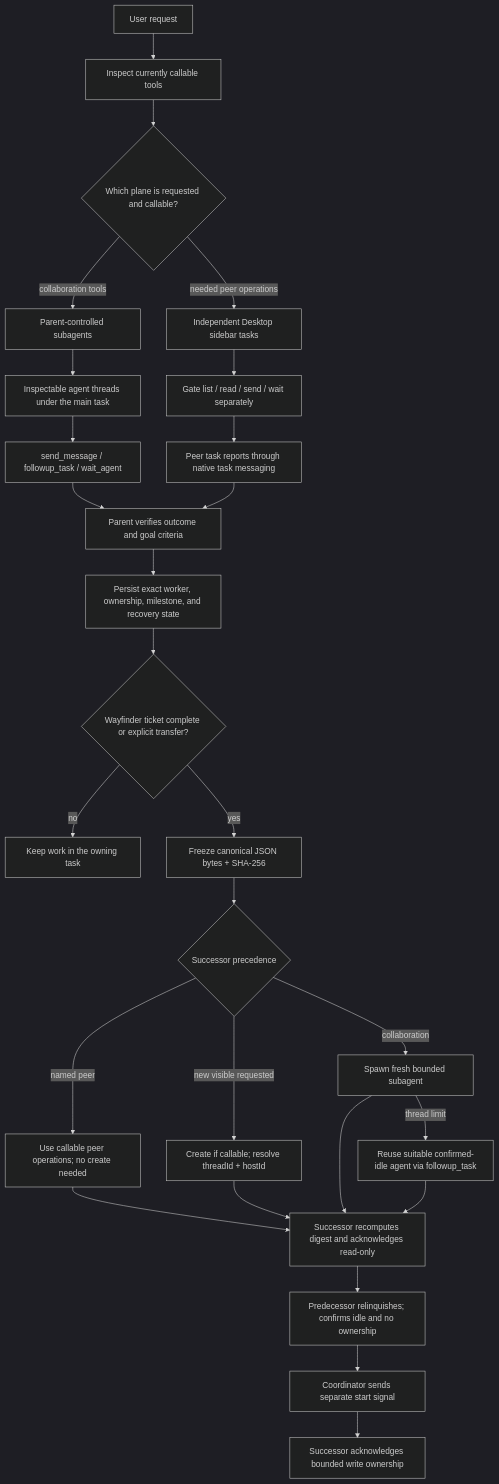
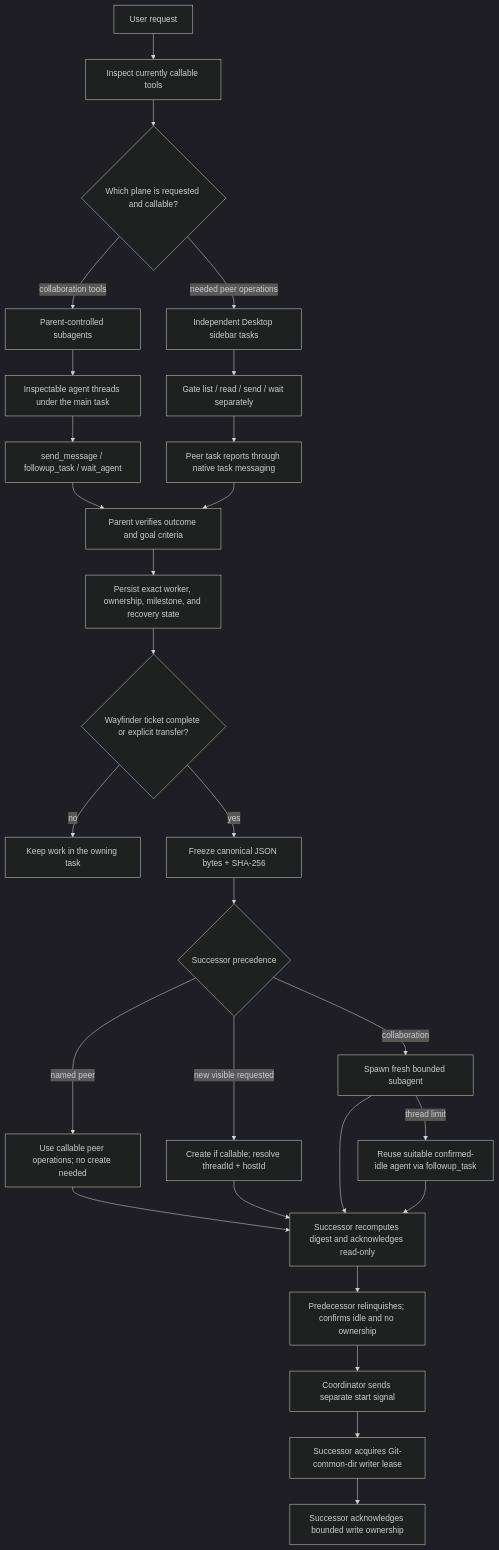
The diagram in docs/agents/codex-task-orchestration.md (ray-manaloto/dotfiles), drawn with Mermaid (dark theme) before and after one commit. The commit also changed other lines of this file and 18 other files, not shown here.

Commit message:
feat(agents): enforce single repository writer lease

````diff
--- a/docs/agents/codex-task-orchestration.md
+++ b/docs/agents/codex-task-orchestration.md
@@ -12,29 +12,30 @@
 ```mermaid
 flowchart TB
     U["User request"] --> C["Inspect currently callable tools"]
     C --> A{"Which plane is requested and callable?"}
     A -->|"collaboration tools"| P["Parent-controlled subagents"]
     P --> SA["Inspectable agent threads under the main task"]
     SA --> SR["send_message / followup_task / wait_agent"]
     A -->|"needed peer operations"| D["Independent Desktop sidebar tasks"]
     D --> DT["Gate list / read / send / wait separately"]
     DT --> DR["Peer task reports through native task messaging"]
     SR --> V["Parent verifies outcome and goal criteria"]
     DR --> V
     V --> H["Persist exact worker, ownership, milestone, and recovery state"]
     H --> B{"Wayfinder ticket complete or explicit transfer?"}
     B -->|"no"| K["Keep work in the owning task"]
     B -->|"yes"| F["Freeze canonical JSON bytes + SHA-256"]
     F --> N{"Successor precedence"}
     N -->|"named peer"| E["Use callable peer operations; no create needed"]
     N -->|"new visible requested"| T["Create if callable; resolve threadId + hostId"]
     N -->|"collaboration"| S["Spawn fresh bounded subagent"]
     S -->|"thread limit"| I["Reuse suitable confirmed-idle agent via followup_task"]
     E --> X["Successor recomputes digest and acknowledges read-only"]
     T --> X
     S --> X
     I --> X
     X --> R["Predecessor relinquishes; confirms idle and no ownership"]
     R --> G["Coordinator sends separate start signal"]
-    G --> L["Successor acknowledges bounded write ownership"]
+    G --> WL["Successor acquires Git-common-dir writer lease"]
+    WL --> L["Successor acknowledges bounded write ownership"]
 ```
````
